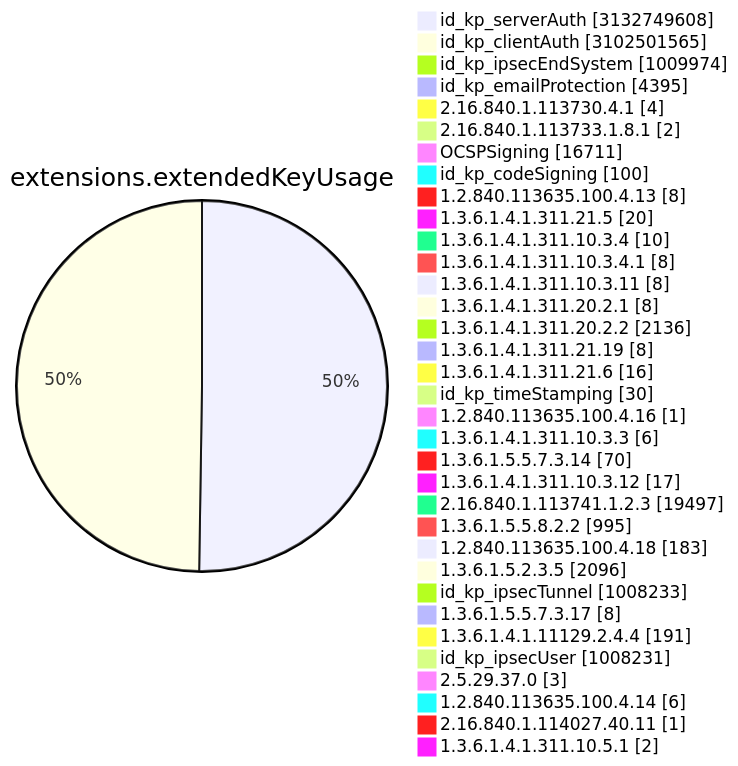
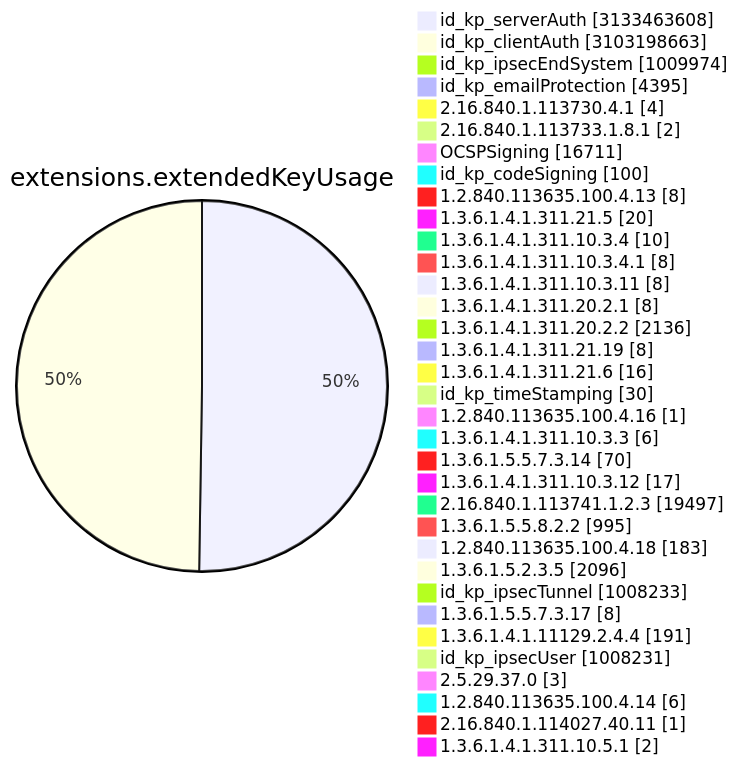
Diagram 11 of 15 in TOTAL/README.md (christiankrug/ctmonitor_visualization), drawn with Mermaid before and after one commit. The commit also changed other lines of this file, not shown here.

````diff
--- a/TOTAL/README.md
+++ b/TOTAL/README.md
@@ -4119,38 +4119,38 @@
 ```mermaid
 pie showData
 title extensions.extendedKeyUsage
-"id_kp_serverAuth" :3132749608
-"id_kp_clientAuth" :3102501565
+"id_kp_serverAuth" :3133463608
+"id_kp_clientAuth" :3103198663
 "id_kp_ipsecEndSystem" :1009974
 "id_kp_emailProtection" :4395
 "2.16.840.1.113730.4.1" :4
 "2.16.840.1.113733.1.8.1" :2
 "OCSPSigning" :16711
 "id_kp_codeSigning" :100
 "1.2.840.113635.100.4.13" :8
 "1.3.6.1.4.1.311.21.5" :20
 "1.3.6.1.4.1.311.10.3.4" :10
 "1.3.6.1.4.1.311.10.3.4.1" :8
 "1.3.6.1.4.1.311.10.3.11" :8
 "1.3.6.1.4.1.311.20.2.1" :8
 "1.3.6.1.4.1.311.20.2.2" :2136
 "1.3.6.1.4.1.311.21.19" :8
 "1.3.6.1.4.1.311.21.6" :16
 "id_kp_timeStamping" :30
 "1.2.840.113635.100.4.16" :1
 "1.3.6.1.4.1.311.10.3.3" :6
 "1.3.6.1.5.5.7.3.14" :70
 "1.3.6.1.4.1.311.10.3.12" :17
 "2.16.840.1.113741.1.2.3" :19497
 "1.3.6.1.5.5.8.2.2" :995
 "1.2.840.113635.100.4.18" :183
 "1.3.6.1.5.2.3.5" :2096
 "id_kp_ipsecTunnel" :1008233
 "1.3.6.1.5.5.7.3.17" :8
 "1.3.6.1.4.1.11129.2.4.4" :191
 "id_kp_ipsecUser" :1008231
 "2.5.29.37.0" :3
 "1.2.840.113635.100.4.14" :6
 "2.16.840.1.114027.40.11" :1
 "1.3.6.1.4.1.311.10.5.1" :2
 ```
````
